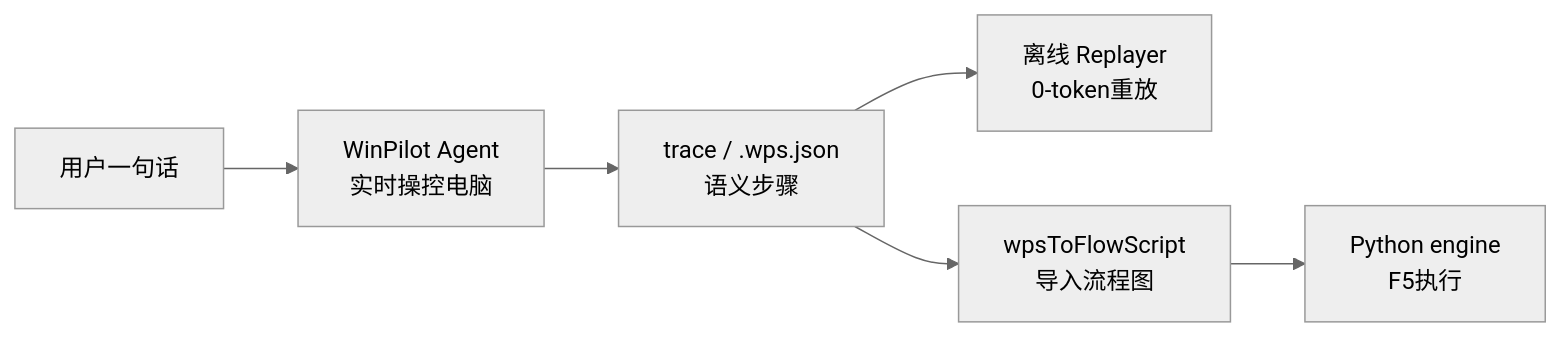
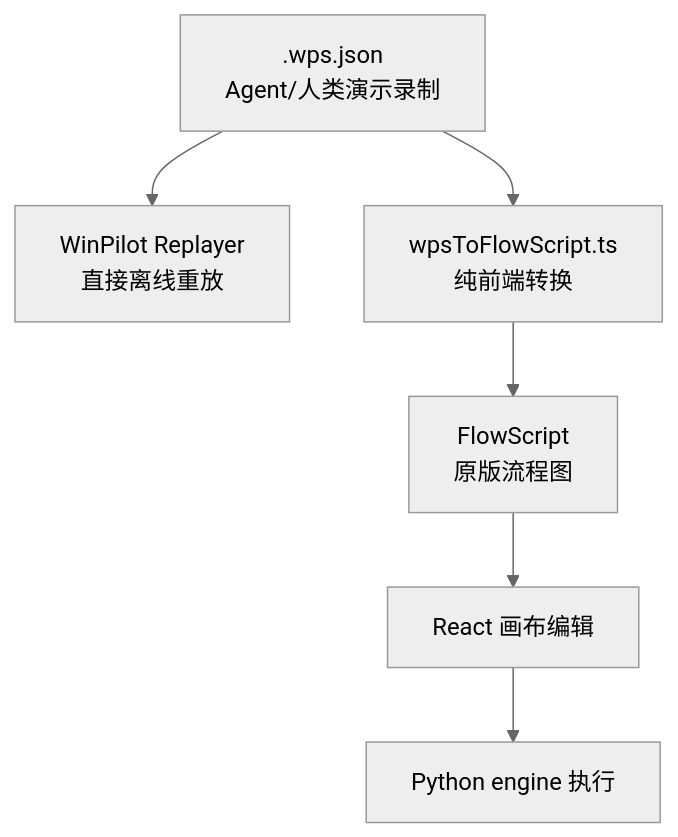
One commit to zoujiapeng/lingdong-script changed the tenth of 15 diagrams in docs/项目导览-面试版.md. Above: the diagram before and after it, drawn with Mermaid (neutral theme). The commit also changed other lines of this file, not shown here.

````diff
--- a/docs/项目导览-面试版.md
+++ b/docs/项目导览-面试版.md
@@ -20,8 +306,12 @@
 ```mermaid
-flowchart LR
-    user["用户一句话"] --> agent["WinPilot Agent<br/>实时操控电脑"]
-    agent --> trace["trace / .wps.json<br/>语义步骤"]
-    trace --> replay["离线 Replayer<br/>0-token重放"]
-    trace --> flow["wpsToFlowScript<br/>导入流程图"]
-    flow --> engine["Python engine<br/>F5执行"]
+flowchart TB
+    wps[".wps.json<br/>Agent/人类演示录制"]
+    replay["WinPilot Replayer<br/>直接离线重放"]
+    converter["wpsToFlowScript.ts<br/>纯前端转换"]
+    flow["FlowScript<br/>原版流程图"]
+    editor["React 画布编辑"]
+    engine["Python engine 执行"]
+
+    wps --> replay
+    wps --> converter --> flow --> editor --> engine
 ```
````
